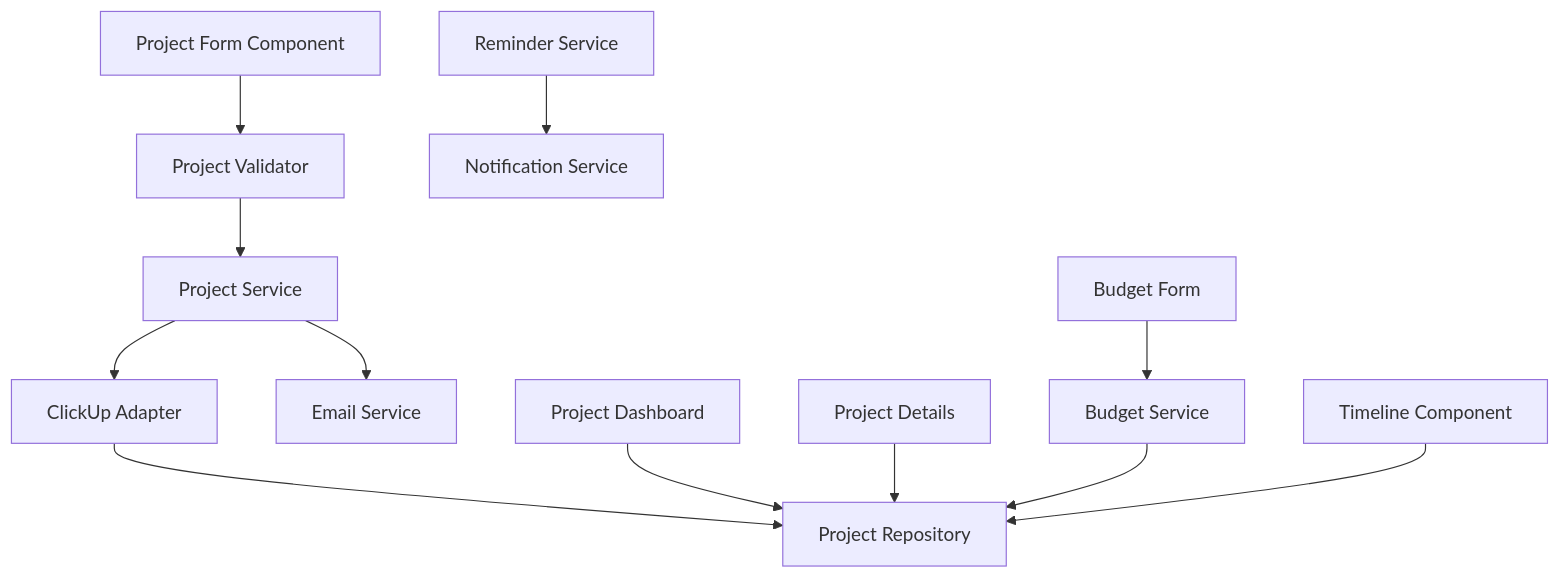
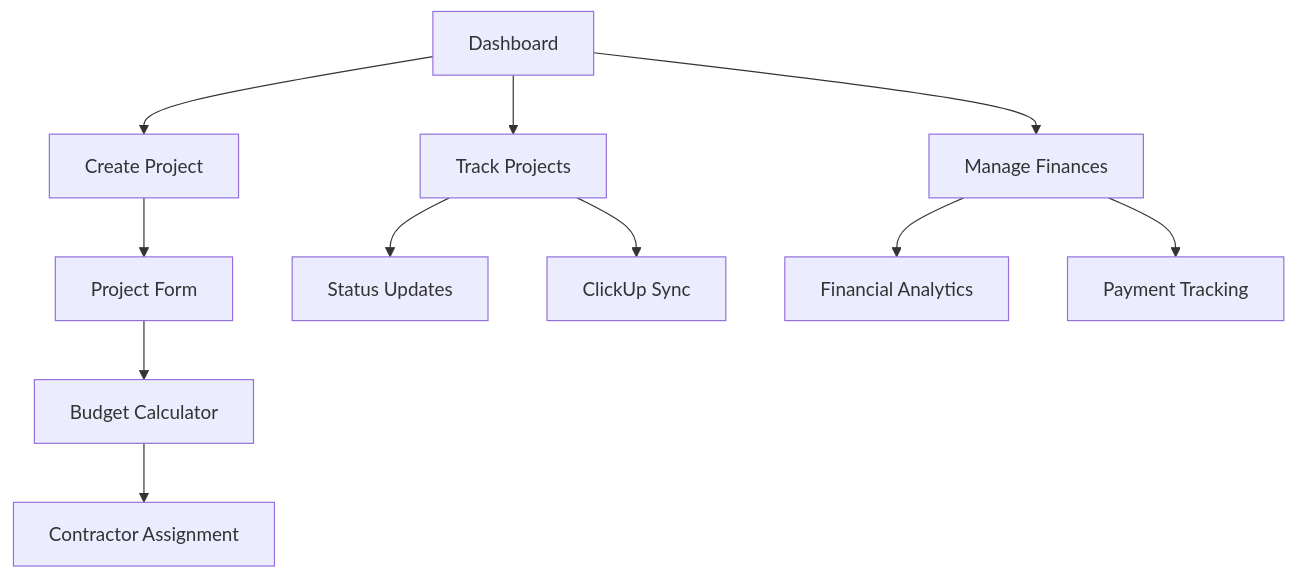
The fifth of 6 diagrams in memory-bank/systemPatterns.md (CurrentMediaCreative/Current-Media-Project-Management-System), drawn with Mermaid before and after one commit. The commit also changed other lines of this file and 207 other files, not shown here.

First line of the commit message:
feat: Implement feature-based project structure and Project Creation Flow

````diff
--- a/memory-bank/systemPatterns.md
+++ b/memory-bank/systemPatterns.md
@@ -143,18 +195,16 @@
 ```mermaid
 flowchart TD
-    ProjectForm[Project Form Component] --> ProjectValidator[Project Validator]
-    ProjectValidator --> ProjectService[Project Service]
-    ProjectService --> ClickUpAdapter[ClickUp Adapter]
-    ProjectService --> EmailService[Email Service]
+    Dashboard[Dashboard] --> Create[Create Project]
+    Dashboard --> Track[Track Projects]
+    Dashboard --> Manage[Manage Finances]
     
-    ClickUpAdapter --> ProjectRepository[Project Repository]
+    Create --> Form[Project Form]
+    Form --> Budget[Budget Calculator]
+    Budget --> Contractors[Contractor Assignment]
     
-    ProjectDashboard[Project Dashboard] --> ProjectRepository
-    ProjectDetails[Project Details] --> ProjectRepository
+    Track --> Status[Status Updates]
+    Track --> Sync[ClickUp Sync]
     
-    BudgetForm[Budget Form] --> BudgetService[Budget Service]
-    BudgetService --> ProjectRepository
-    
-    Timeline[Timeline Component] --> ProjectRepository
-    Reminders[Reminder Service] --> NotificationService[Notification Service]
+    Manage --> Analytics[Financial Analytics]
+    Manage --> Payments[Payment Tracking]
 ```
````
